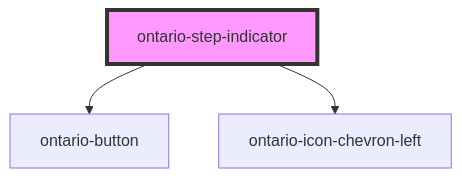
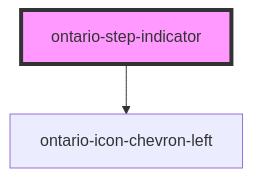
Before and after one commit to ongov/ontario-design-system: the diagram in packages/ontario-design-system-component-library/src/components/ontario-step-indicator/readme.md, drawn with Mermaid. The commit also changed other lines of this file and 3 other files, not shown here.

````diff
--- a/packages/ontario-design-system-component-library/src/components/ontario-step-indicator/readme.md
+++ b/packages/ontario-design-system-component-library/src/components/ontario-step-indicator/readme.md
@@ -25,6 +24,5 @@
 ```mermaid
 graph TD;
-  ontario-step-indicator --> ontario-button
   ontario-step-indicator --> ontario-icon-chevron-left
   style ontario-step-indicator fill:#f9f,stroke:#333,stroke-width:4px
 ```
````
